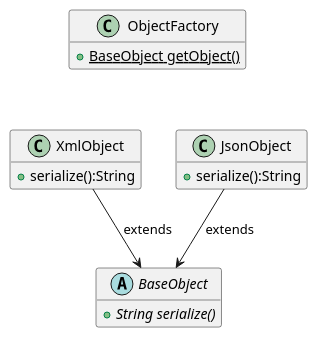
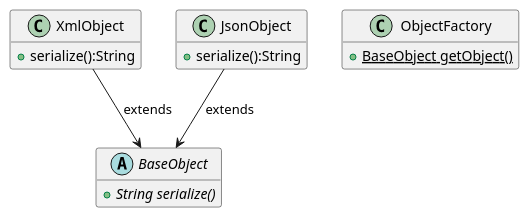
The diagram in justifications/ContentNegotiation/ContentNegotiationImplementation.puml (huntertran/concordia-thesis-topic), drawn with PlantUML before and after one commit. The commit also changed 12 other files, not shown here.

Commit message:
update diagrams

```diff
--- a/justifications/ContentNegotiation/ContentNegotiationImplementation.puml
+++ b/justifications/ContentNegotiation/ContentNegotiationImplementation.puml
@@ -1,27 +1,27 @@
 @startuml content_negotiation
 
 hide empty members
 
 abstract BaseObject {
     {abstract} + String serialize()
 }
 
 class XmlObject {
     +serialize():String
 }
 
 class JsonObject {
     +serialize():String
 }
 
 class ObjectFactory {
     {static} + BaseObject getObject()
 }
 
 JsonObject --> BaseObject : extends
 XmlObject --> BaseObject : extends
 
-ObjectFactory -[hidden]- XmlObject
-ObjectFactory -[hidden]- JsonObject
+' ObjectFactory -[hidden]- XmlObject
+' ObjectFactory -[hidden]- JsonObject
 
 @enduml
```
